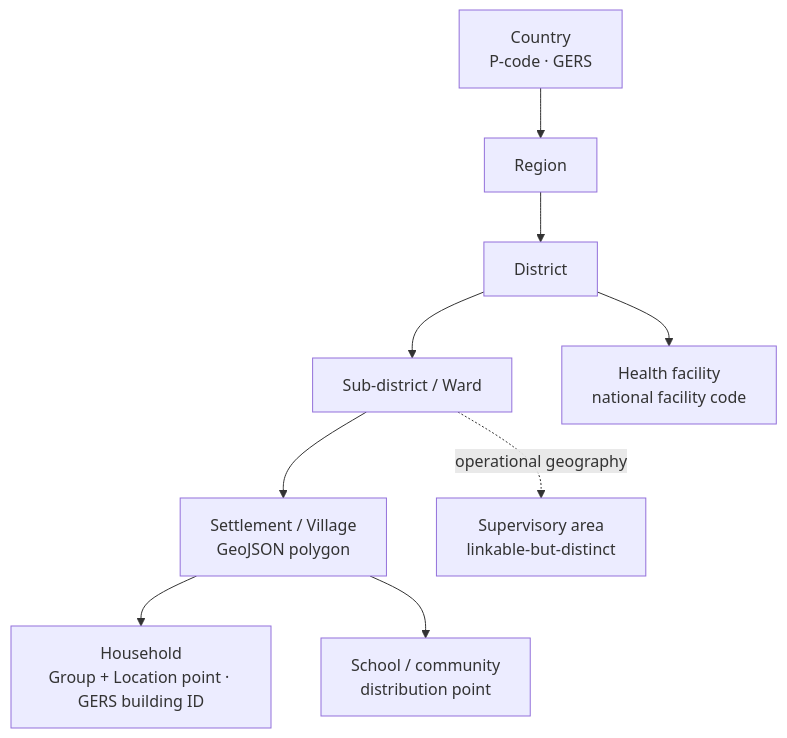
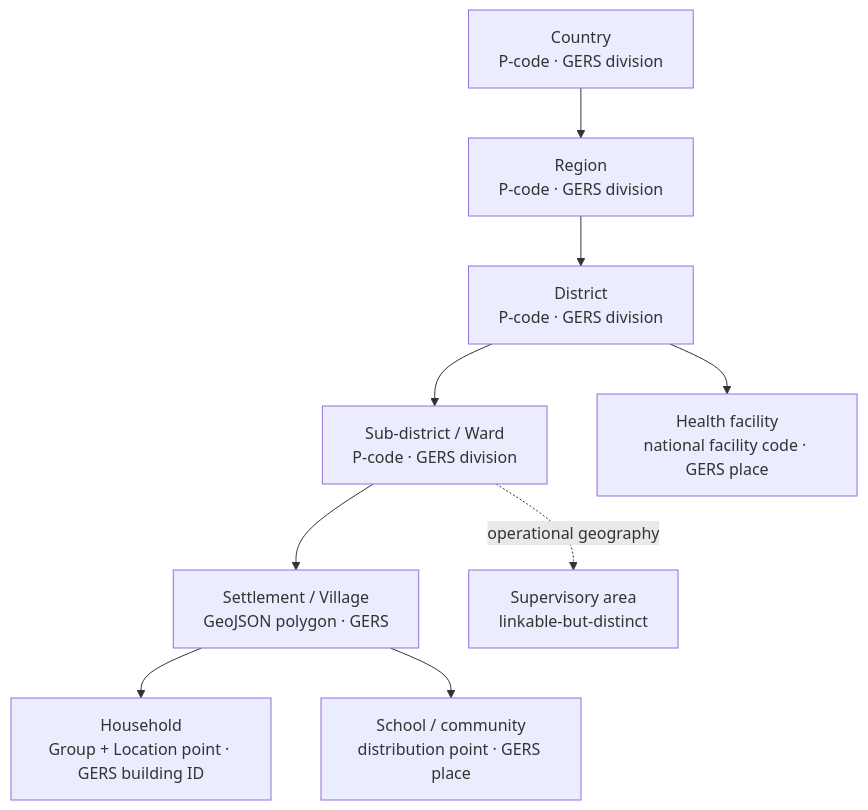
One commit to recodelabs/icr changed the eighth of 9 diagrams in project/icr-v1.md. Above: the diagram before and after it, drawn with Mermaid. The commit also changed other lines of this file, not shown here.

Commit message:
docs(icr-v1): rewrite pass — GERS/location-identity section, grain rename, gap-analysis additions (v0.4.0)

````diff
--- a/project/icr-v1.md
+++ b/project/icr-v1.md
@@ -431,11 +438,11 @@
 ```mermaid
 flowchart TD
-    C[Country<br/>P-code · GERS] --> R[Region]
-    R --> D[District]
-    D --> SD[Sub-district / Ward]
-    SD --> SET[Settlement / Village<br/>GeoJSON polygon]
+    C[Country<br/>P-code · GERS division] --> R[Region<br/>P-code · GERS division]
+    R --> D[District<br/>P-code · GERS division]
+    D --> SD[Sub-district / Ward<br/>P-code · GERS division]
+    SD --> SET[Settlement / Village<br/>GeoJSON polygon · GERS]
     SET --> HH[Household<br/>Group + Location point · GERS building ID]
     SD -.operational geography.-> SUP[Supervisory area<br/>linkable-but-distinct]
-    D --> FAC[Health facility<br/>national facility code]
-    SET --> SCH[School / community<br/>distribution point]
+    D --> FAC[Health facility<br/>national facility code · GERS place]
+    SET --> SCH[School / community<br/>distribution point · GERS place]
 ```
````
